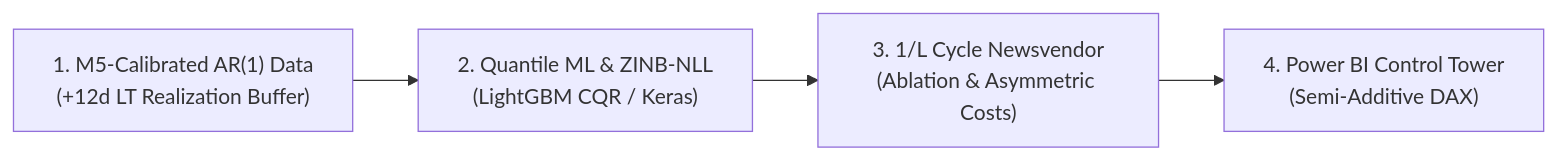
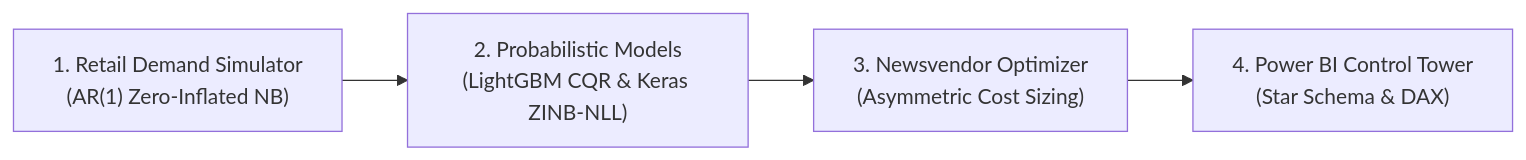
Before and after one commit to Chiiiiiii-art/supply-chain-control-tower: the diagram in README.md, drawn with Mermaid. The commit also changed other lines of this file, not shown here.

````diff
--- a/README.md
+++ b/README.md
@@ -25,6 +11,6 @@
 ```mermaid
 flowchart LR
-    A["1. M5-Calibrated AR(1) Data<br/>(+12d LT Realization Buffer)"] --> B["2. Quantile ML & ZINB-NLL<br/>(LightGBM CQR / Keras)"]
-    B --> C["3. 1/L Cycle Newsvendor<br/>(Ablation & Asymmetric Costs)"]
-    C --> D["4. Power BI Control Tower<br/>(Semi-Additive DAX)"]
+    A["1. Retail Demand Simulator<br/>(AR(1) Zero-Inflated NB)"] --> B["2. Probabilistic Models<br/>(LightGBM CQR & Keras ZINB-NLL)"]
+    B --> C["3. Newsvendor Optimizer<br/>(Asymmetric Cost Sizing)"]
+    C --> D["4. Power BI Control Tower<br/>(Star Schema & DAX)"]
 ```
````
